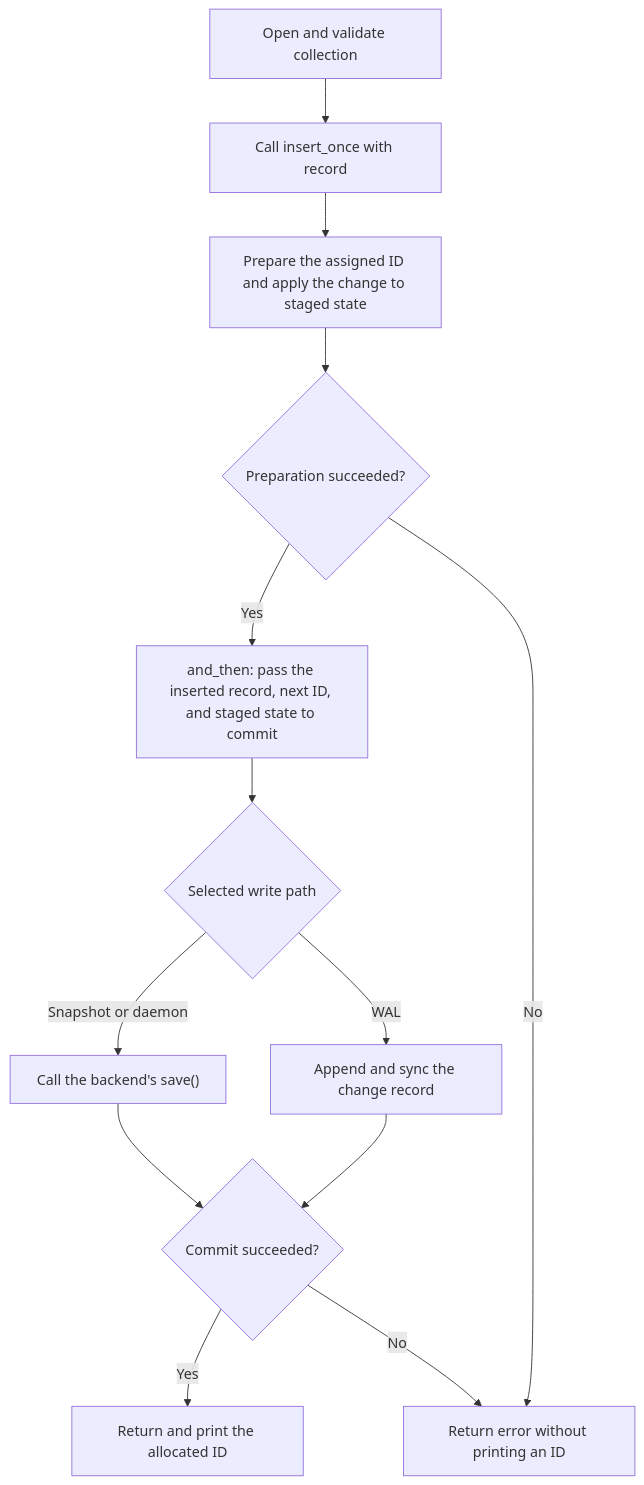
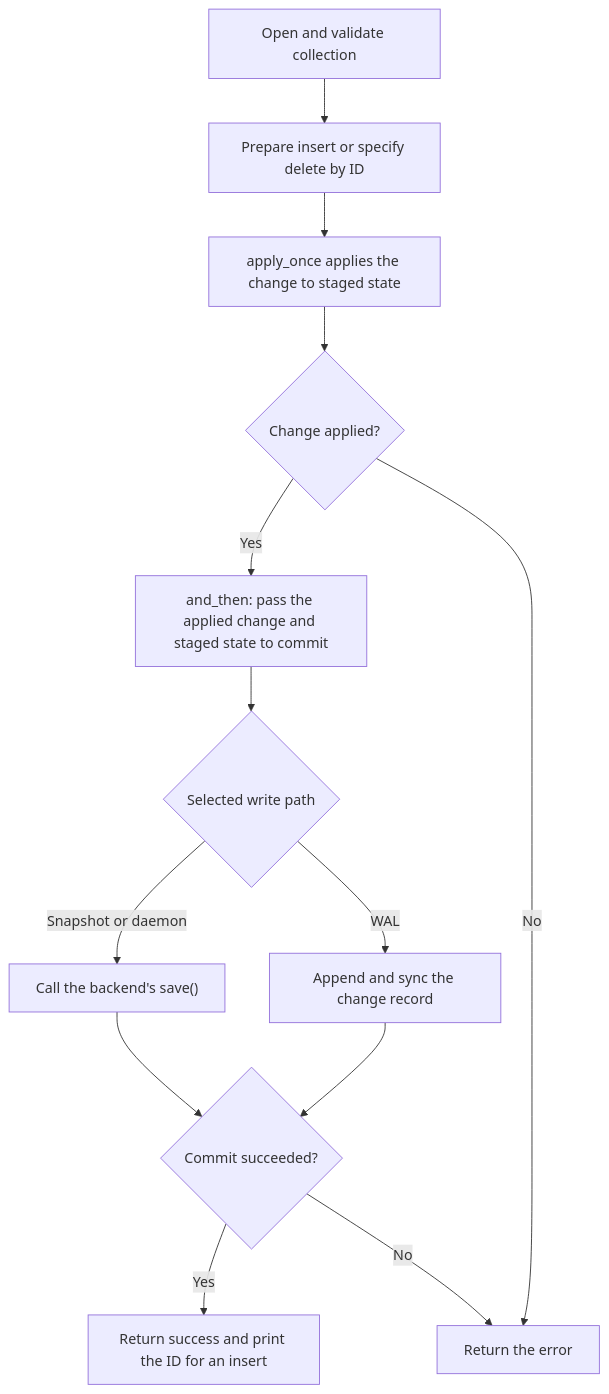
The diagram in README.md (YoshiakiNishimura/persist-collections), drawn with Mermaid before and after one commit. The commit also changed other lines of this file and 3 other files, not shown here.

Commit message:
Compose insert and delete through a shared apply operation

````diff
--- a/README.md
+++ b/README.md
@@ -123,15 +123,15 @@
 ```mermaid
 flowchart TD
-    Open["Open and validate collection"] --> Insert["Call insert_once with record"]
-    Insert --> Prepare["Prepare the assigned ID and apply the change to staged state"]
-    Prepare --> Prepared{"Preparation succeeded?"}
-    Prepared -->|Yes| Commit["and_then: pass the inserted record, next ID, and staged state to commit"]
-    Prepared -->|No| Failure["Return error without printing an ID"]
+    Open["Open and validate collection"] --> Insert["Prepare insert or specify delete by ID"]
+    Insert --> Prepare["apply_once applies the change to staged state"]
+    Prepare --> Prepared{"Change applied?"}
+    Prepared -->|Yes| Commit["and_then: pass the applied change and staged state to commit"]
+    Prepared -->|No| Failure["Return the error"]
     Commit --> Strategy{"Selected write path"}
     Strategy -->|Snapshot or daemon| Save["Call the backend's save()"]
     Strategy -->|WAL| Log["Append and sync the change record"]
     Save --> Saved{"Commit succeeded?"}
     Log --> Saved
-    Saved -->|Yes| Success["Return and print the allocated ID"]
+    Saved -->|Yes| Success["Return success and print the ID for an insert"]
     Saved -->|No| Failure
 ```
````
